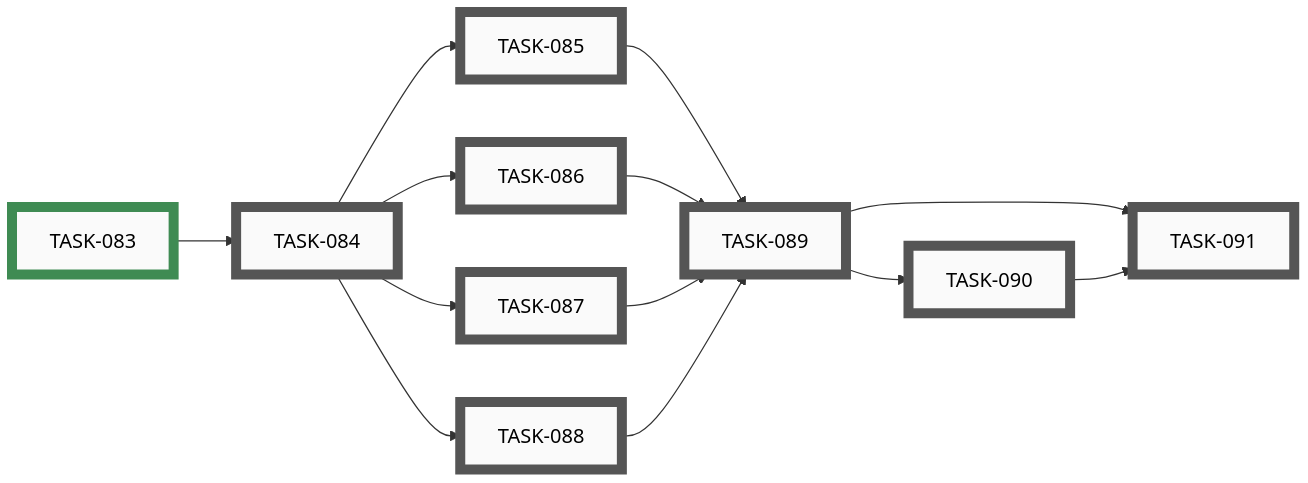
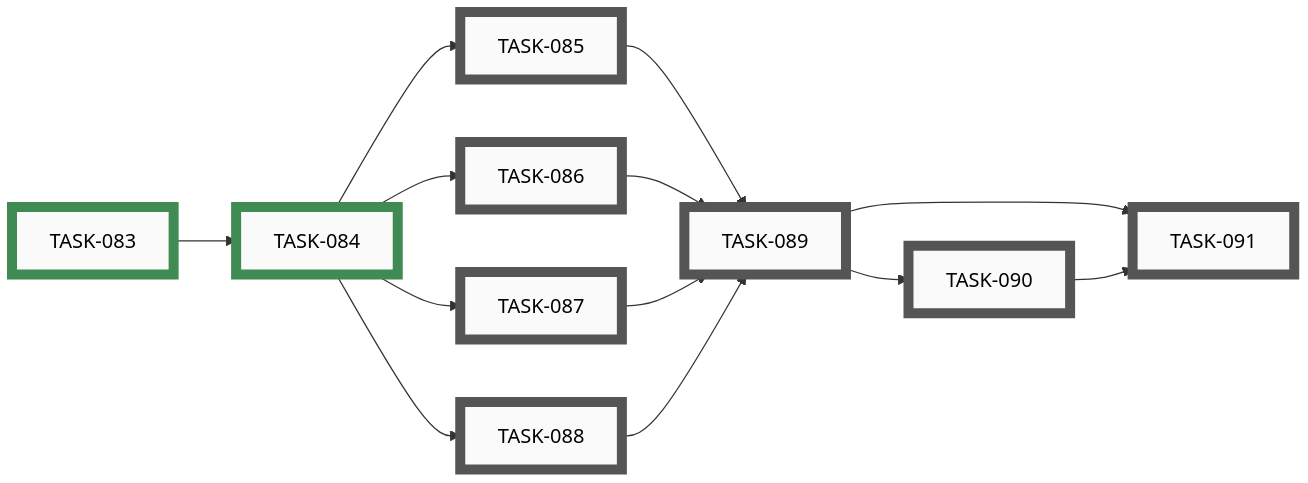
Before and after one commit to tgd1975/CircuitSmith: diagram 11 of 15 in docs/developers/tasks/EPICS.md, drawn with Mermaid. The commit also changed other lines of this file and 5 other files, not shown here.

First line of the commit message:
close TASK-084: inventory the existing test surface

````diff
--- a/docs/developers/tasks/EPICS.md
+++ b/docs/developers/tasks/EPICS.md
@@ -661,41 +661,41 @@
 ```mermaid
 graph LR
-    TASK_084["TASK-084"]:::open
     TASK_085["TASK-085"]:::open
     TASK_086["TASK-086"]:::open
     TASK_087["TASK-087"]:::open
     TASK_088["TASK-088"]:::open
     TASK_089["TASK-089"]:::open
     TASK_090["TASK-090"]:::open
     TASK_091["TASK-091"]:::open
     TASK_083["TASK-083"]:::closed
-    TASK_083 --> TASK_084
+    TASK_084["TASK-084"]:::closed
     TASK_084 --> TASK_085
     TASK_084 --> TASK_086
     TASK_084 --> TASK_087
     TASK_084 --> TASK_088
     TASK_085 --> TASK_089
     TASK_086 --> TASK_089
     TASK_087 --> TASK_089
     TASK_088 --> TASK_089
     TASK_089 --> TASK_090
     TASK_089 --> TASK_091
     TASK_090 --> TASK_091
-    click TASK_084 "open/task-084-inventory-existing-test-surface.md"
+    TASK_083 --> TASK_084
     click TASK_085 "open/task-085-document-schema-and-netgraph-test-plan.md"
     click TASK_086 "open/task-086-document-layout-and-router-test-plan.md"
     click TASK_087 "open/task-087-document-renderer-and-erc-test-plan.md"
     click TASK_088 "open/task-088-document-exporters-orchestration-ci-test-plan.md"
     click TASK_089 "open/task-089-write-top-level-coverage-matrix.md"
     click TASK_090 "open/task-090-file-followup-tasks-for-coverage-gaps.md"
     click TASK_091 "open/task-091-ci-staleness-check-for-test-plan.md"
     click TASK_083 "closed/task-083-scaffold-testing-docs-directory.md"
+    click TASK_084 "closed/task-084-inventory-existing-test-surface.md"
     classDef open    fill:#FAFAFA,stroke:#555,stroke-width:8px,color:#000
     classDef active  fill:#FAFAFA,stroke:#1A6FA8,stroke-width:8px,color:#000
     classDef closed  fill:#FAFAFA,stroke:#3F8B53,stroke-width:8px,color:#000
     classDef paused  fill:#FAFAFA,stroke:#B07810,stroke-width:8px,color:#000
     classDef openExt    fill:#000,stroke:#888,stroke-width:8px,color:#FFF
     classDef activeExt  fill:#000,stroke:#3FA9F5,stroke-width:8px,color:#FFF
     classDef closedExt  fill:#000,stroke:#7CC68A,stroke-width:8px,color:#FFF
     classDef pausedExt  fill:#000,stroke:#F0B030,stroke-width:8px,color:#FFF
 ```
````
